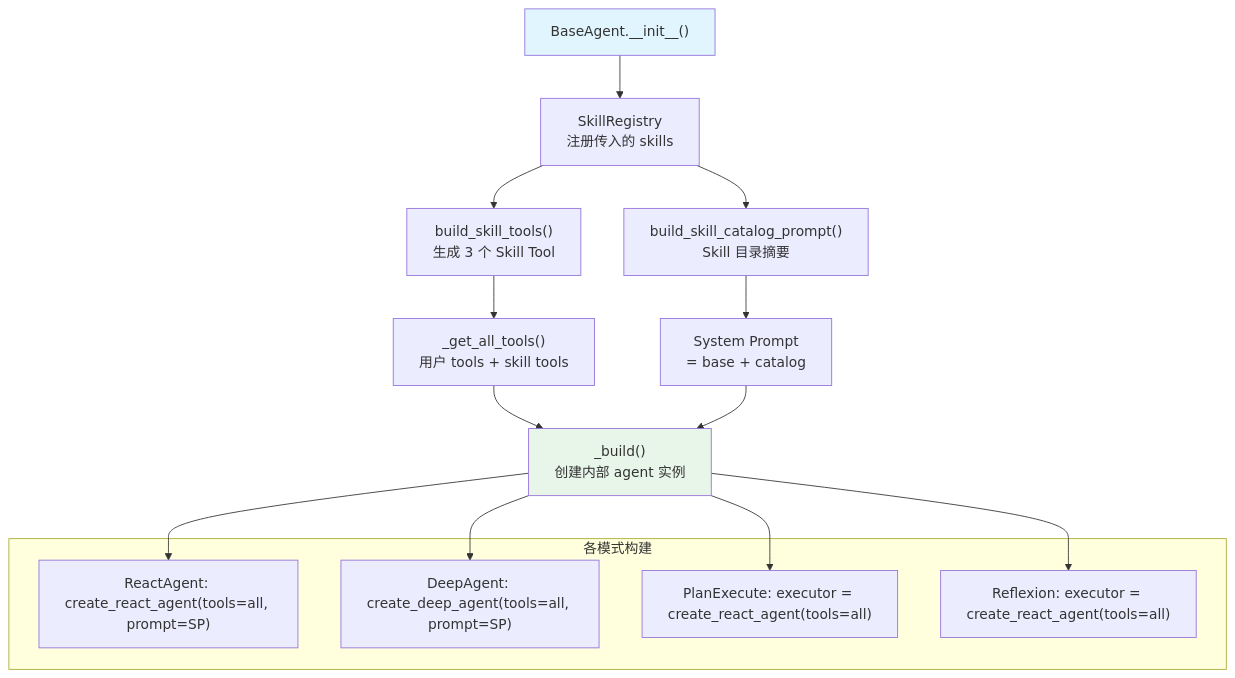
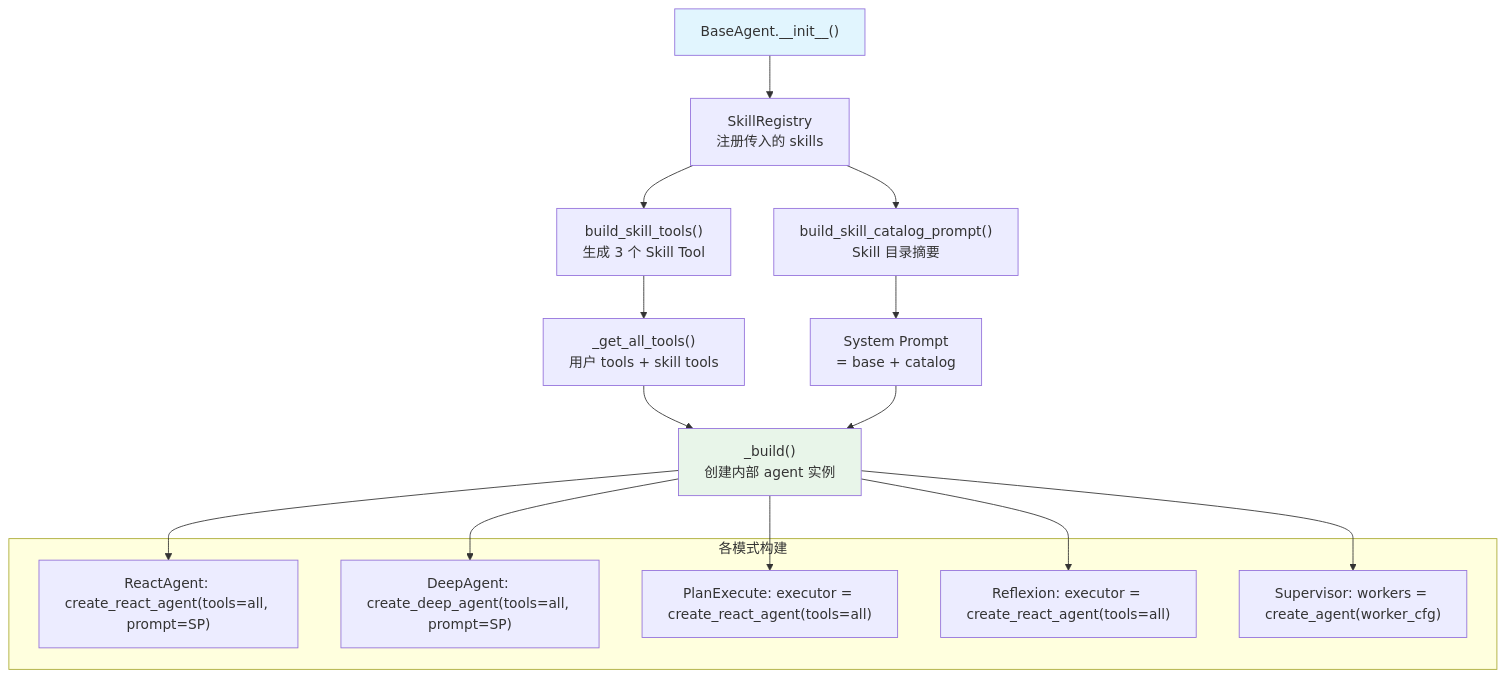
One commit to xiaoxuz/flux-agent changed the fifth of 5 diagrams in docs/AGENTS.md. Above: the diagram before and after it, drawn with Mermaid. The commit also changed other lines of this file and 19 other files, not shown here.

Commit message:
feat(agents): 新增 SupervisorAgent，支持 worker 依赖链和 Skill 集成

````diff
--- a/docs/AGENTS.md
+++ b/docs/AGENTS.md
@@ -140,30 +149,31 @@
 ```mermaid
 flowchart TB
     Init["BaseAgent.__init__()"]
     Reg["SkillRegistry<br/>注册传入的 skills"]
     ST["build_skill_tools()<br/>生成 3 个 Skill Tool"]
     Merge["_get_all_tools()<br/>用户 tools + skill tools"]
     Catalog["build_skill_catalog_prompt()<br/>Skill 目录摘要"]
     SP["System Prompt<br/>= base + catalog"]
 
     Init --> Reg --> ST --> Merge
 
     Reg --> Catalog --> SP
 
     Merge --> Build
     SP --> Build
 
     Build["_build()<br/>创建内部 agent 实例"]
 
     subgraph 各模式构建
         B1["ReactAgent: create_react_agent(tools=all, prompt=SP)"]
         B2["DeepAgent: create_deep_agent(tools=all, prompt=SP)"]
         B3["PlanExecute: executor = create_react_agent(tools=all)"]
         B4["Reflexion: executor = create_react_agent(tools=all)"]
+        B5["Supervisor: workers = create_agent(worker_cfg)"]
     end
 
-    Build --> B1 & B2 & B3 & B4
+    Build --> B1 & B2 & B3 & B4 & B5
 
     style Init fill:#e1f5fe
     style Build fill:#e8f5e9
 ```
````
